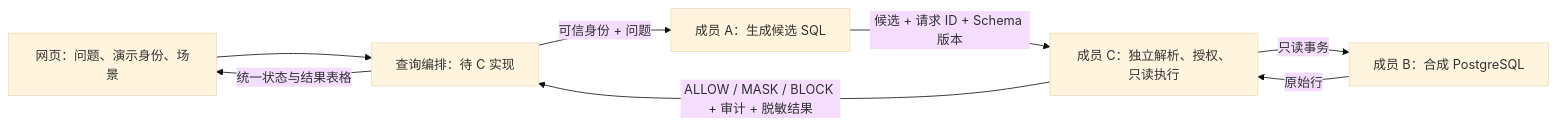
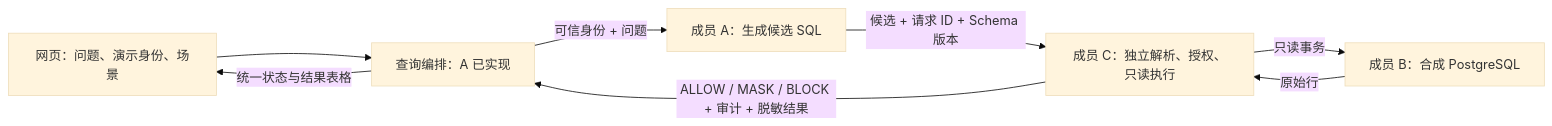
Before and after one commit to chartte02/secure-query-ai: the diagram in README.md, drawn with Mermaid (base theme). The commit also changed other lines of this file and 30 other files, not shown here.

````diff
--- a/README.md
+++ b/README.md
@@ -78,10 +84,10 @@
 ```mermaid
 flowchart LR
-    UI[网页：问题、演示身份、场景] --> Q[查询编排：待 C 实现]
+    UI[网页：问题、演示身份、场景] --> Q[查询编排：A 已实现]
     Q -->|可信身份 + 问题| A[成员 A：生成候选 SQL]
     A -->|候选 + 请求 ID + Schema 版本| C[成员 C：独立解析、授权、只读执行]
     C -->|只读事务| B[成员 B：合成 PostgreSQL]
     B -->|原始行| C
     C -->|ALLOW / MASK / BLOCK + 审计 + 脱敏结果| Q
     Q -->|统一状态与结果表格| UI
 ```
````
